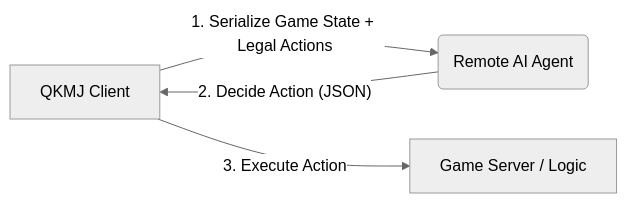
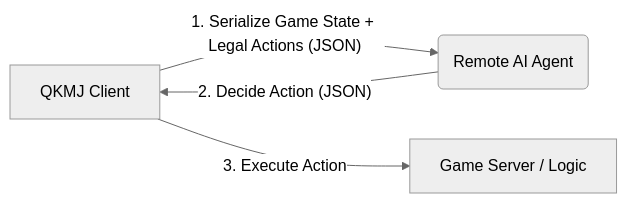
The diagram in AI_PLAYER.md (edwardchuang/qkmj), drawn with Mermaid (neutral theme) before and after one commit. The commit also changed other lines of this file, not shown here.

Commit message:
Docs: Update AI_PLAYER.md with detailed JSON schema

````diff
--- a/AI_PLAYER.md
+++ b/AI_PLAYER.md
@@ -7,6 +7,6 @@
 ```mermaid
 graph LR
-    A[QKMJ Client] -- 1. Serialize Game State + Legal Actions --> B(Remote AI Agent)
+    A[QKMJ Client] -- 1. Serialize Game State + Legal Actions (JSON) --> B(Remote AI Agent)
     B -- 2. Decide Action (JSON) --> A
     A -- 3. Execute Action --> C[Game Server / Logic]
 ```
````
